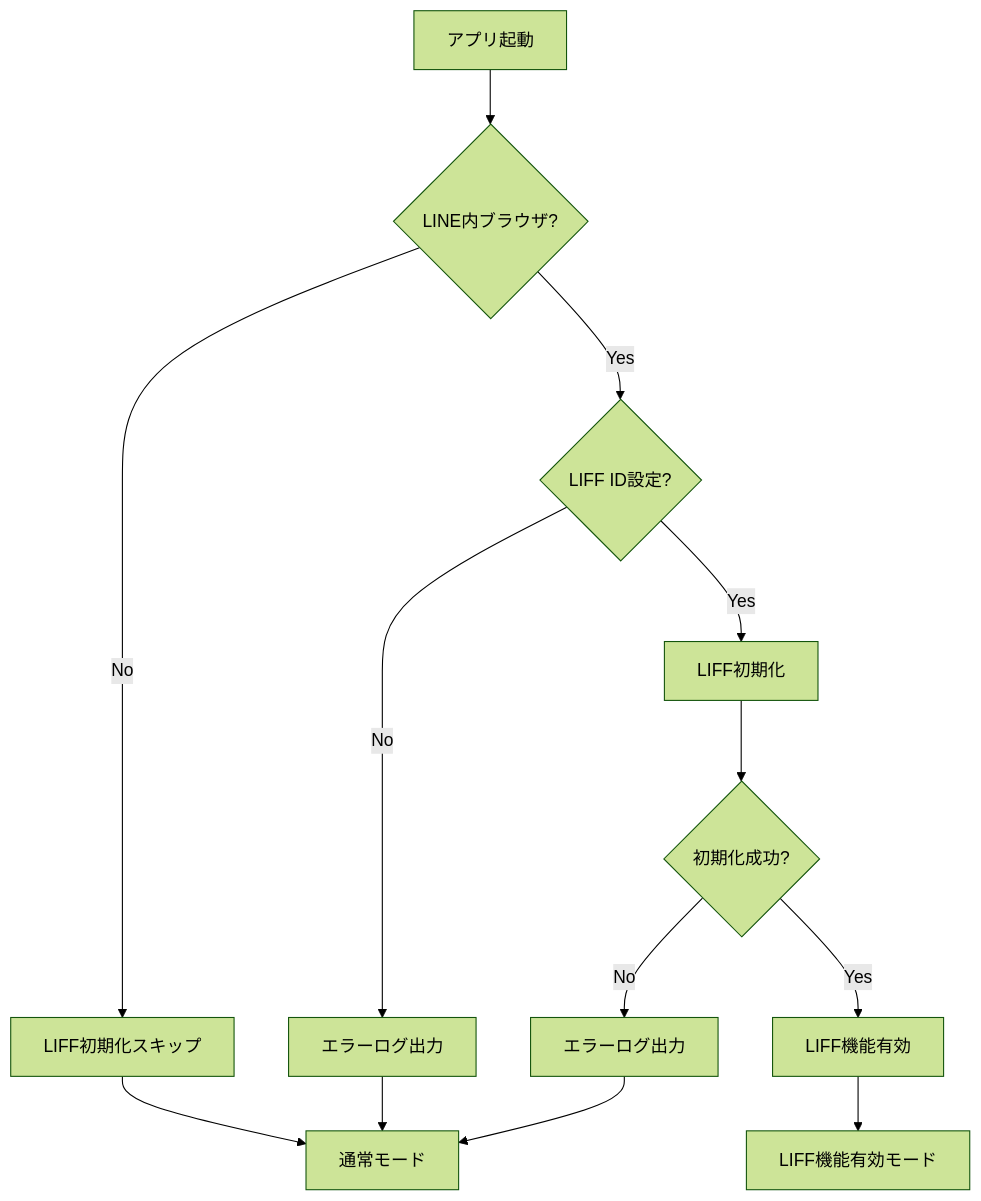
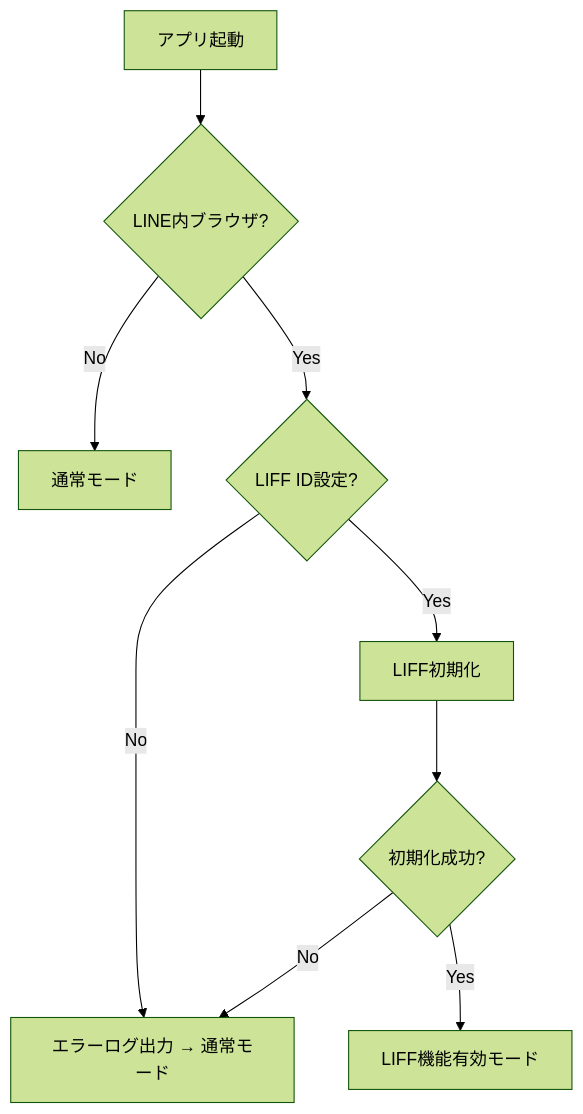
One commit to 50ra4/coin-toss-game changed the second of 2 diagrams in docs/specs/04_api.md. Above: the diagram before and after it, drawn with Mermaid (forest theme). The commit also changed other lines of this file and 7 other files, not shown here.

````diff
--- a/docs/specs/04_api.md
+++ b/docs/specs/04_api.md
@@ -689,17 +140,12 @@
 ```mermaid
 graph TD
     Start[アプリ起動]
     Start --> Check1{LINE内ブラウザ?}
-    Check1 -->|No| Skip[LIFF初期化スキップ]
+    Check1 -->|No| Normal[通常モード]
     Check1 -->|Yes| Check2{LIFF ID設定?}
-    Check2 -->|No| Error1[エラーログ出力]
+    Check2 -->|No| Error[エラーログ出力 → 通常モード]
     Check2 -->|Yes| Init[LIFF初期化]
     Init --> Check3{初期化成功?}
-    Check3 -->|No| Error2[エラーログ出力]
-    Check3 -->|Yes| Ready[LIFF機能有効]
-
-    Skip --> Normal[通常モード]
-    Error1 --> Normal
-    Error2 --> Normal
-    Ready --> Enhanced[LIFF機能有効モード]
+    Check3 -->|No| Error
+    Check3 -->|Yes| Ready[LIFF機能有効モード]
 ```
````
